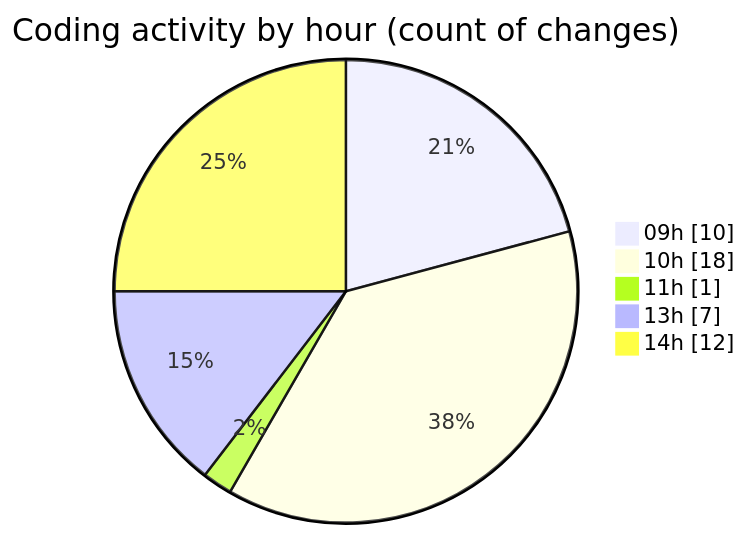
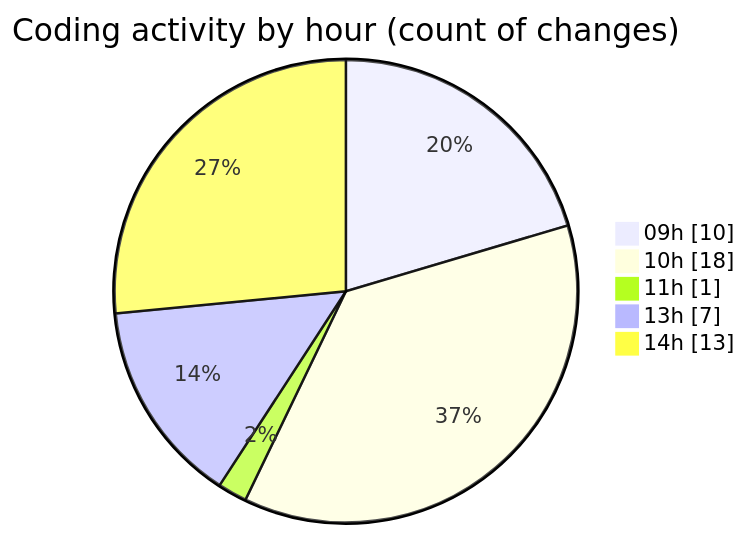
The second of 2 diagrams in 2026-04-06/airfeed-analytics-dashboard/README.md (nxtqubesakshisongat/code-tracking), drawn with Mermaid before and after one commit. The commit also changed other lines of this file and 1 other file, not shown here.

````diff
--- a/2026-04-06/airfeed-analytics-dashboard/README.md
+++ b/2026-04-06/airfeed-analytics-dashboard/README.md
@@ -42,9 +42,9 @@
 ```mermaid
 pie showData
 title Coding activity by hour (count of changes)
 "09h" : 10
 "10h" : 18
 "11h" : 1
 "13h" : 7
-"14h" : 12
+"14h" : 13
 ```
````
